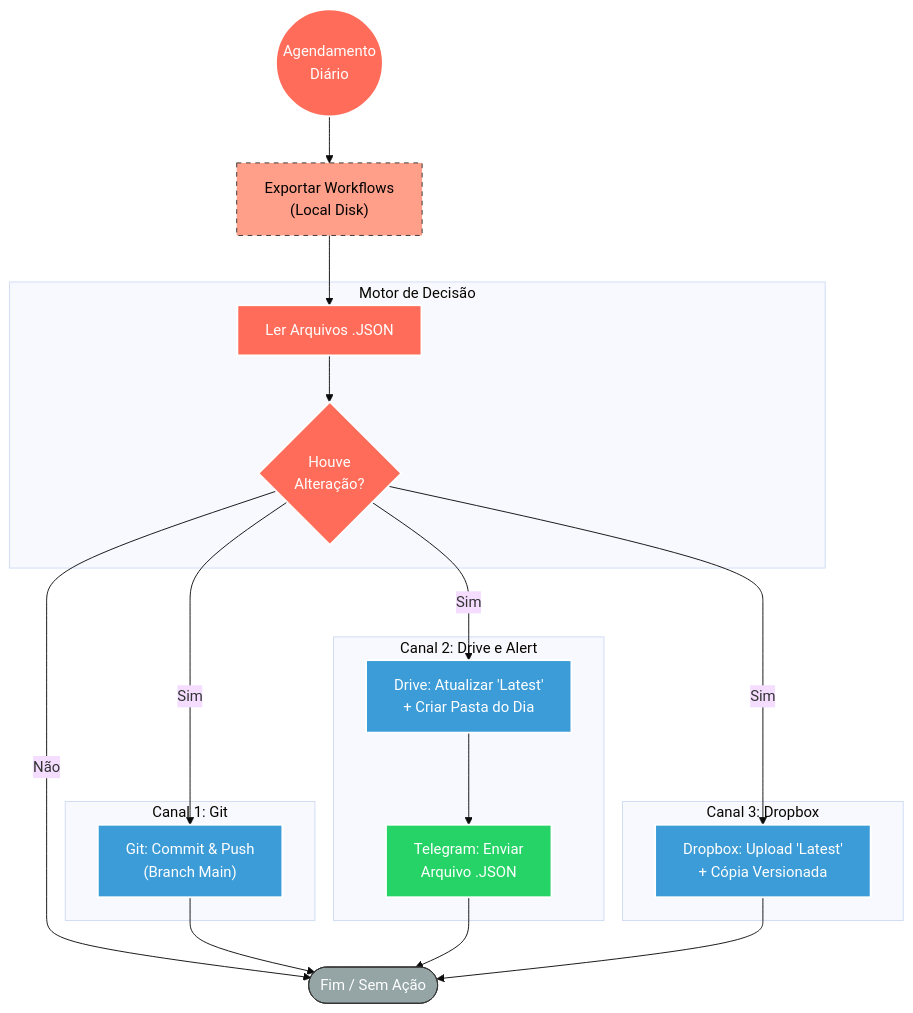
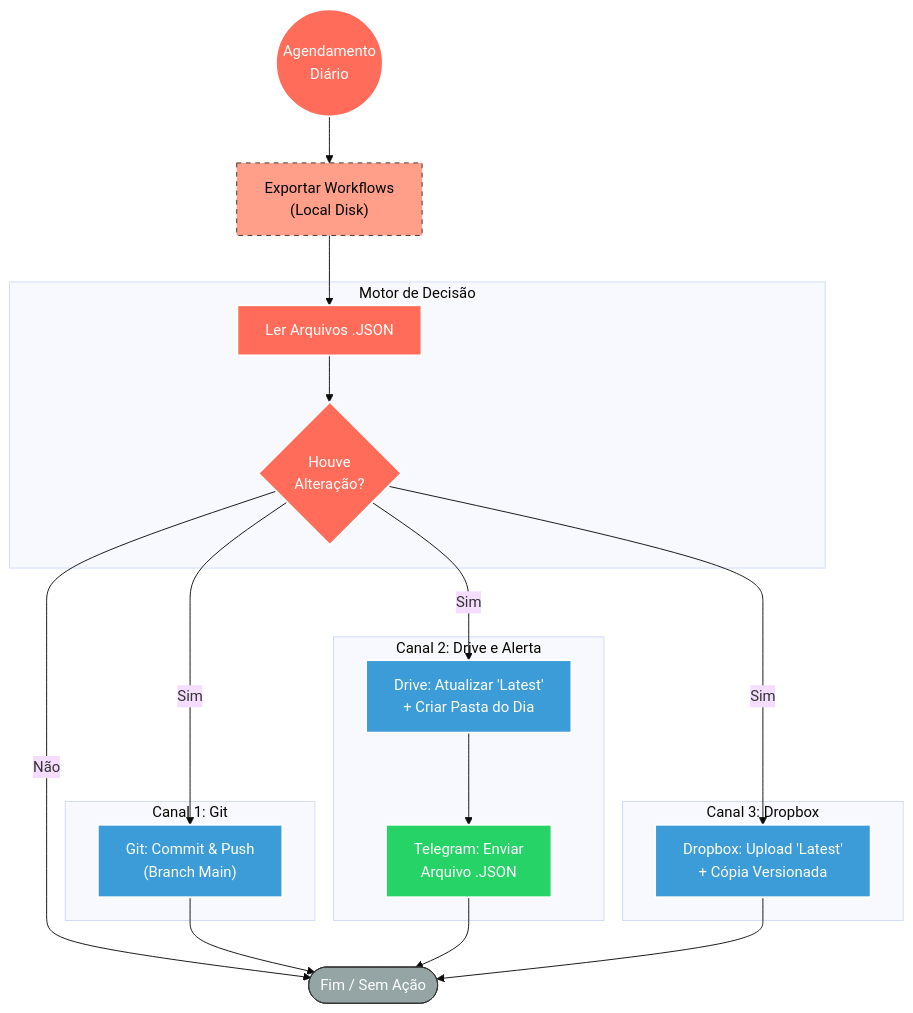
Before and after one commit to Ednildo-Dine/n8n-portfolio: the diagram in projects/06-sistema-backup-multicanal.md, drawn with Mermaid (base theme).

````diff
--- a/projects/06-sistema-backup-multicanal.md
+++ b/projects/06-sistema-backup-multicanal.md
@@ -9,39 +9,39 @@
 ```mermaid
 graph TD
     %% Estilos
     classDef whatsapp fill:#25D366,stroke:#fff,stroke-width:2px,color:#fff
     classDef n8n fill:#FF6D5A,stroke:#fff,stroke-width:2px,color:#fff
     classDef db fill:#3C9CD7,stroke:#fff,stroke-width:2px,color:#fff
     classDef subflow fill:#FF9F89,stroke:#333,stroke-width:1px,stroke-dasharray: 5 5,color:#000
     classDef endnode fill:#95a5a6,stroke:#333,color:#fff
 
     Start((Agendamento<br/>Diário)):::n8n --> Export["Exportar Workflows<br/>(Local Disk)"]:::subflow
     Export --> Read["Ler Arquivos .JSON"]:::n8n
     
     subgraph "Motor de Decisão"
         Read --> Compare{Houve<br/>Alteração?}:::n8n
     end
 
     Compare -- "Sim" --> GithubFlow
     Compare -- "Sim" --> DriveFlow
     Compare -- "Sim" --> DropboxFlow
     Compare -- "Não" --> EndNode([Fim / Sem Ação]):::endnode
 
     subgraph "Canal 1: Git"
         GithubFlow["Git: Commit & Push<br/>(Branch Main)"]:::db
     end
 
-    subgraph "Canal 2: Drive e Alert"
+    subgraph "Canal 2: Drive e Alerta"
         DriveFlow["Drive: Atualizar 'Latest'<br/>+ Criar Pasta do Dia"]:::db
         DriveFlow --> Notify["Telegram: Enviar<br/>Arquivo .JSON"]:::whatsapp
     end
 
     subgraph "Canal 3: Dropbox"
         DropboxFlow["Dropbox: Upload 'Latest'<br/>+ Cópia Versionada"]:::db
     end
 
     GithubFlow --> EndNode
     Notify --> EndNode
     DropboxFlow --> EndNode
 
 ```
````
